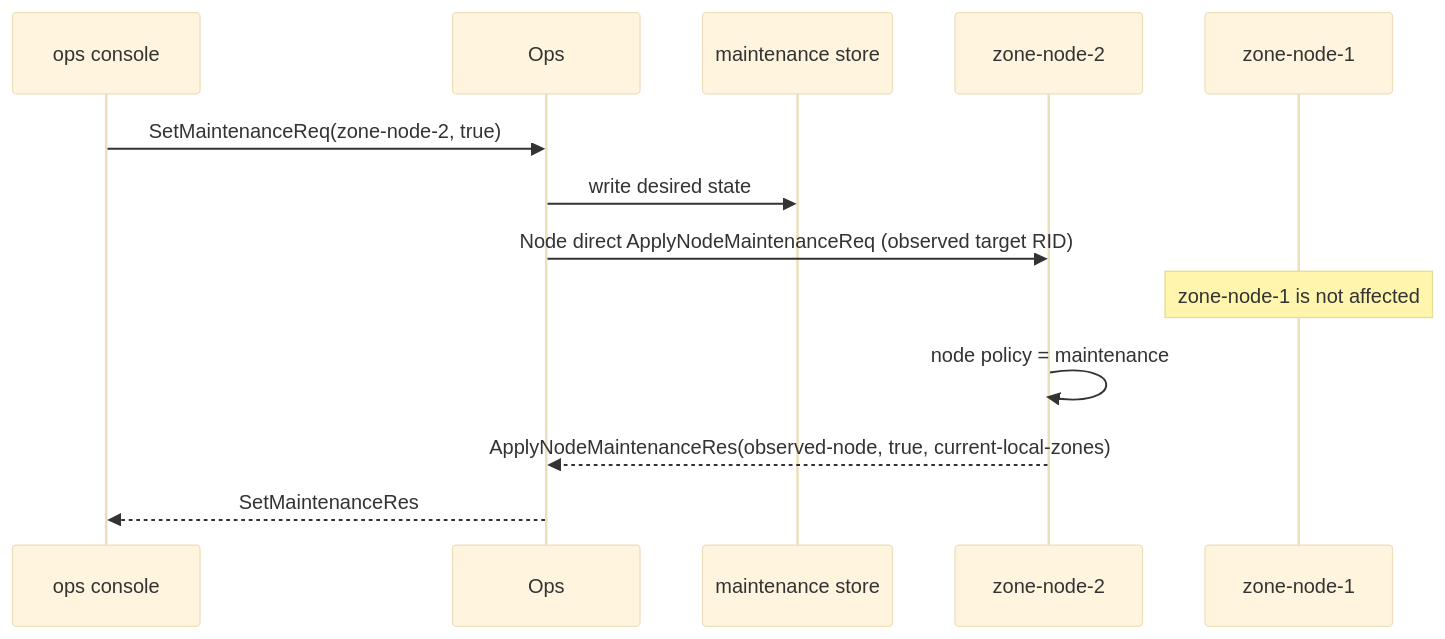
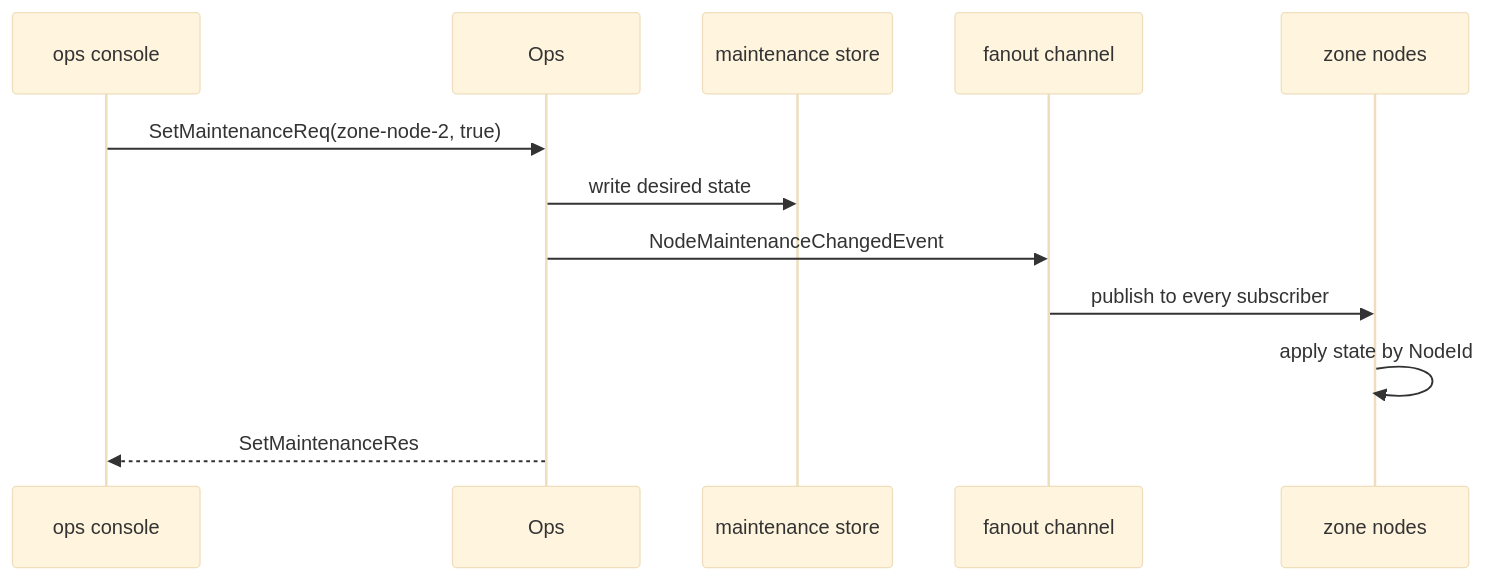
One commit to kairos-code-dev/zlink changed the third of 3 diagrams in framework/doc/framework/common/sample/zoneworld/README.ko.md. Above: the diagram before and after it, drawn with Mermaid (base theme). The commit also changed other lines of this file and 1160 other files, not shown here.

````diff
--- a/framework/doc/framework/common/sample/zoneworld/README.ko.md
+++ b/framework/doc/framework/common/sample/zoneworld/README.ko.md
@@ -747,16 +740,15 @@
 ```mermaid
 sequenceDiagram
     participant C as ops console
     participant O as Ops
     participant S as maintenance store
-    participant N2 as zone-node-2
-    participant N1 as zone-node-1
+    participant F as fanout channel
+    participant N as zone nodes
 
     C->>O: SetMaintenanceReq(zone-node-2, true)
     O->>S: write desired state
-    O->>N2: Node direct ApplyNodeMaintenanceReq (observed target RID)
-    Note over N1: zone-node-1 is not affected
-    N2->>N2: node policy = maintenance
-    N2-->>O: ApplyNodeMaintenanceRes(observed-node, true, current-local-zones)
+    O->>F: NodeMaintenanceChangedEvent
+    F->>N: publish to every subscriber
+    N->>N: apply state by NodeId
     O-->>C: SetMaintenanceRes
 ```
````
